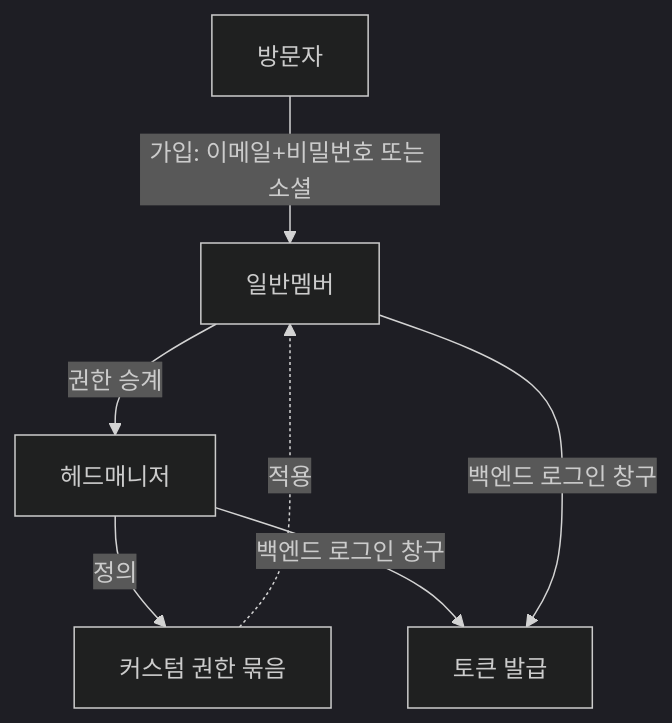
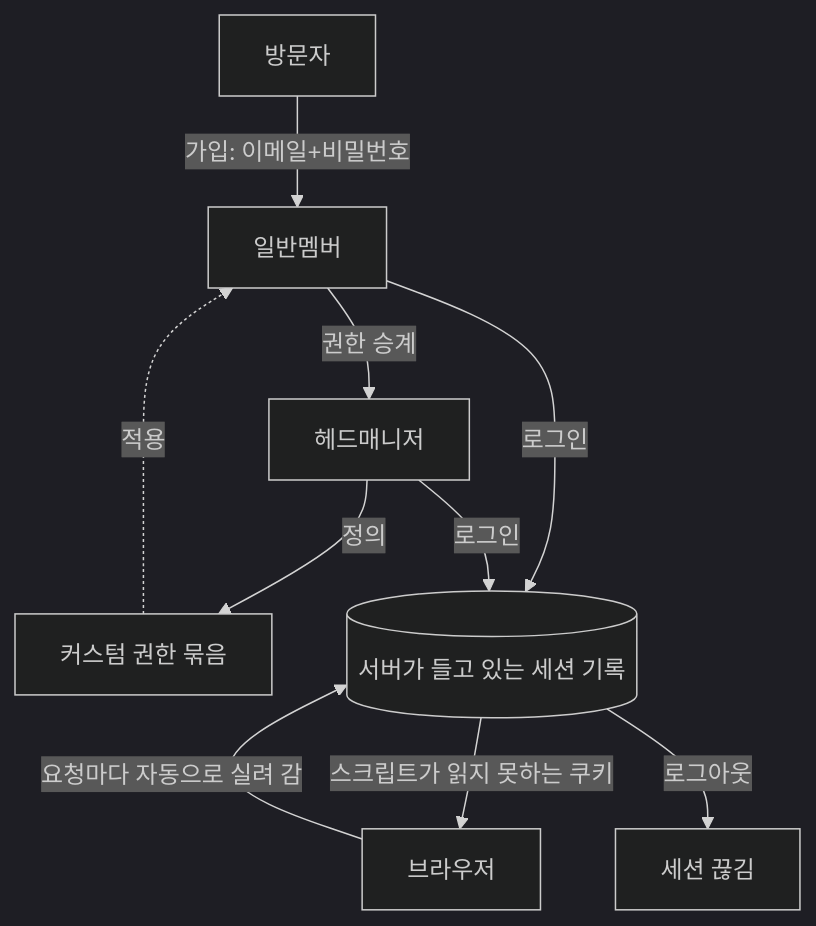
One commit to minkong-dev/Banblit changed the diagram in .cluedoc/accounts-and-roles/README.md. Above: the diagram before and after it, drawn with Mermaid (dark theme). The commit also changed other lines of this file and 13 other files, not shown here.

````diff
--- a/.cluedoc/accounts-and-roles/README.md
+++ b/.cluedoc/accounts-and-roles/README.md
@@ -9,9 +24,12 @@
 ```mermaid
 flowchart TD
-    V[방문자] -->|가입: 이메일+비밀번호 또는 소셜| U[일반멤버]
+    V[방문자] -->|가입: 이메일+비밀번호| U[일반멤버]
     U -->|권한 승계| HM[헤드매니저]
     HM -->|정의| P[커스텀 권한 묶음]
     P -.적용.-> U
-    HM -->|백엔드 로그인 창구| T[토큰 발급]
-    U -->|백엔드 로그인 창구| T
+    U -->|로그인| S[(서버가 들고 있는 세션 기록)]
+    HM -->|로그인| S
+    S -->|스크립트가 읽지 못하는 쿠키| B[브라우저]
+    B -->|요청마다 자동으로 실려 감| S
+    S -->|로그아웃| X[세션 끊김]
 ```
````
